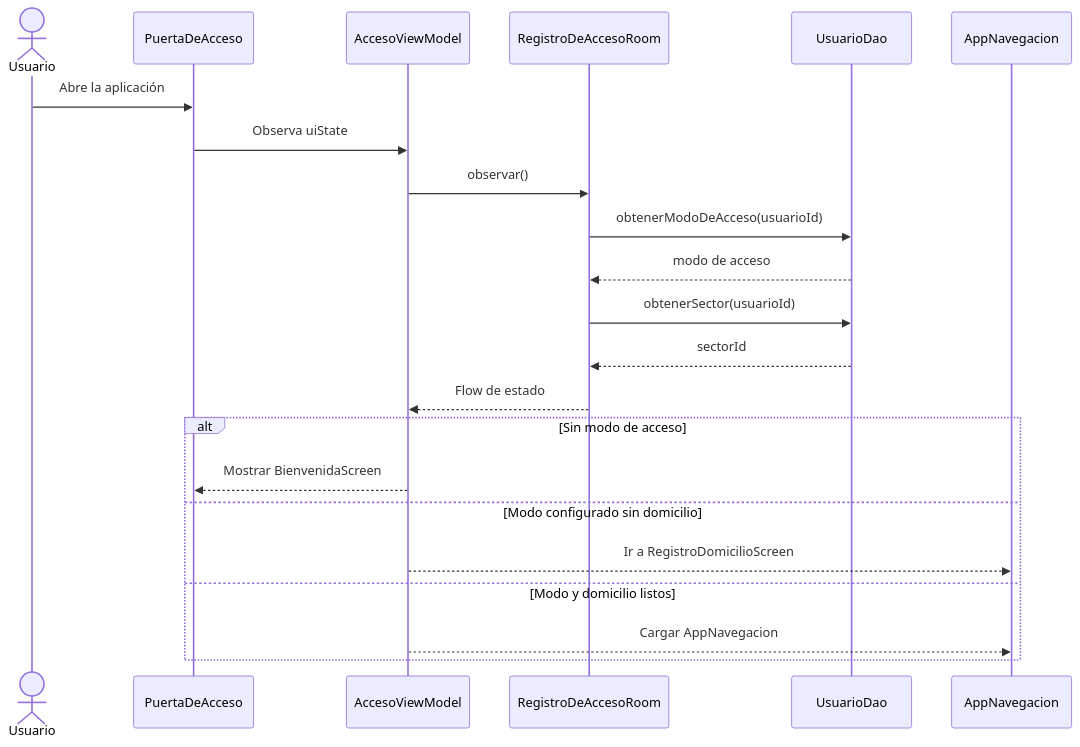
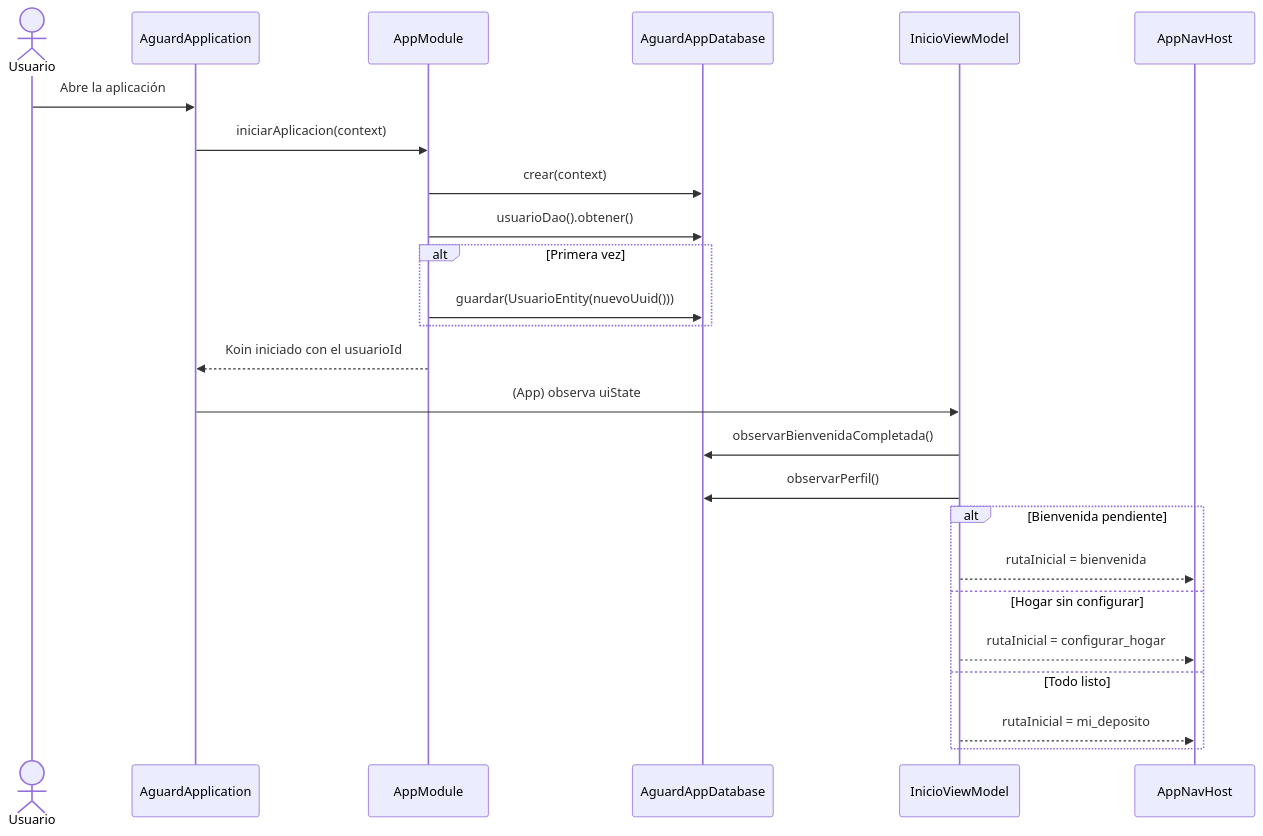
Before and after one commit to IkerASierraR/AguardApp: the fourth of 18 diagrams in informes/FD04-SAD.md, drawn with Mermaid. The commit also changed other lines of this file and 2 other files, not shown here.

````diff
--- a/informes/FD04-SAD.md
+++ b/informes/FD04-SAD.md
@@ -174,24 +177,27 @@
 ```mermaid
 sequenceDiagram
     actor U as Usuario
-    participant P as PuertaDeAcceso
-    participant VM as AccesoViewModel
-    participant DAO as RegistroDeAccesoRoom
-    participant UD as UsuarioDao
-    participant NAV as AppNavegacion
-    U->>P: Abre la aplicación
-    P->>VM: Observa uiState
-    VM->>DAO: observar()
-    DAO->>UD: obtenerModoDeAcceso(usuarioId)
-    UD-->>DAO: modo de acceso
-    DAO->>UD: obtenerSector(usuarioId)
-    UD-->>DAO: sectorId
-    DAO-->>VM: Flow de estado
-    alt Sin modo de acceso
-        VM-->>P: Mostrar BienvenidaScreen
-    else Modo configurado sin domicilio
-        VM-->>NAV: Ir a RegistroDomicilioScreen
-    else Modo y domicilio listos
-        VM-->>NAV: Cargar AppNavegacion
+    participant APP as AguardApplication
+    participant DI as AppModule
+    participant DB as AguardAppDatabase
+    participant IVM as InicioViewModel
+    participant NAV as AppNavHost
+    U->>APP: Abre la aplicación
+    APP->>DI: iniciarAplicacion(context)
+    DI->>DB: crear(context)
+    DI->>DB: usuarioDao().obtener()
+    alt Primera vez
+        DI->>DB: guardar(UsuarioEntity(nuevoUuid()))
+    end
+    DI-->>APP: Koin iniciado con el usuarioId
+    APP->>IVM: (App) observa uiState
+    IVM->>DB: observarBienvenidaCompletada()
+    IVM->>DB: observarPerfil()
+    alt Bienvenida pendiente
+        IVM-->>NAV: rutaInicial = bienvenida
+    else Hogar sin configurar
+        IVM-->>NAV: rutaInicial = configurar_hogar
+    else Todo listo
+        IVM-->>NAV: rutaInicial = mi_deposito
     end
 ```
````
